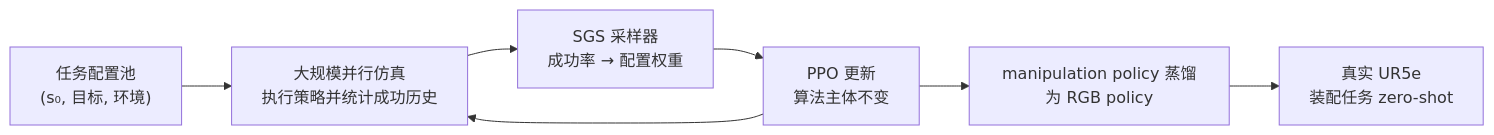
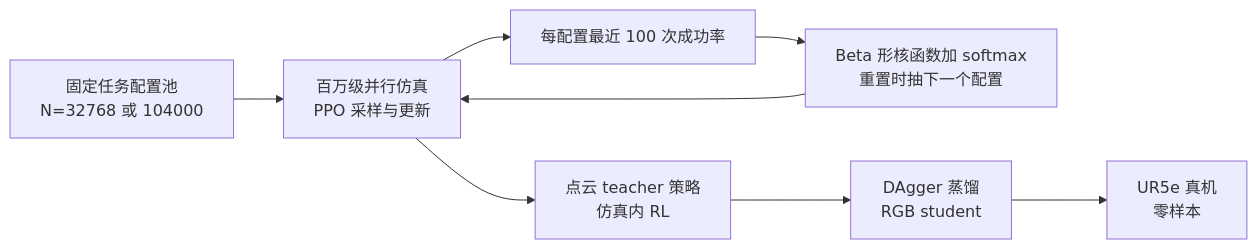
The diagram in wiki/entities/paper-sgs-2610-12465.md (ImChong/Robotics_Notebooks), drawn with Mermaid before and after one commit. The commit also changed other lines of this file and 196 other files, not shown here.

````diff
--- a/wiki/entities/paper-sgs-2610-12465.md
+++ b/wiki/entities/paper-sgs-2610-12465.md
@@ -67,12 +74,13 @@
 ```mermaid
 flowchart LR
-  pool["任务配置池\n(s₀, 目标, 环境)"]
-  sim["大规模并行仿真\n执行策略并统计成功历史"]
-  sampler["SGS 采样器\n成功率 → 配置权重"]
-  ppo["PPO 更新\n算法主体不变"]
-  distill["manipulation policy 蒸馏为 RGB policy"]
-  real["真实 UR5e\n装配任务 zero-shot"]
-  pool --> sim --> sampler --> ppo
-  ppo --> sim
-  ppo --> distill --> real
+  pool["固定任务配置池<br/>N=32768 或 104000"]
+  sim["百万级并行仿真<br/>PPO 采样与更新"]
+  hist["每配置最近 100 次成功率"]
+  sampler["Beta 形核函数加 softmax<br/>重置时抽下一个配置"]
+  teacher["点云 teacher 策略<br/>仿真内 RL"]
+  student["DAgger 蒸馏<br/>RGB student"]
+  real["UR5e 真机<br/>零样本"]
+  pool --> sim
+  sim --> hist --> sampler --> sim
+  sim --> teacher --> student --> real
 ```
````
